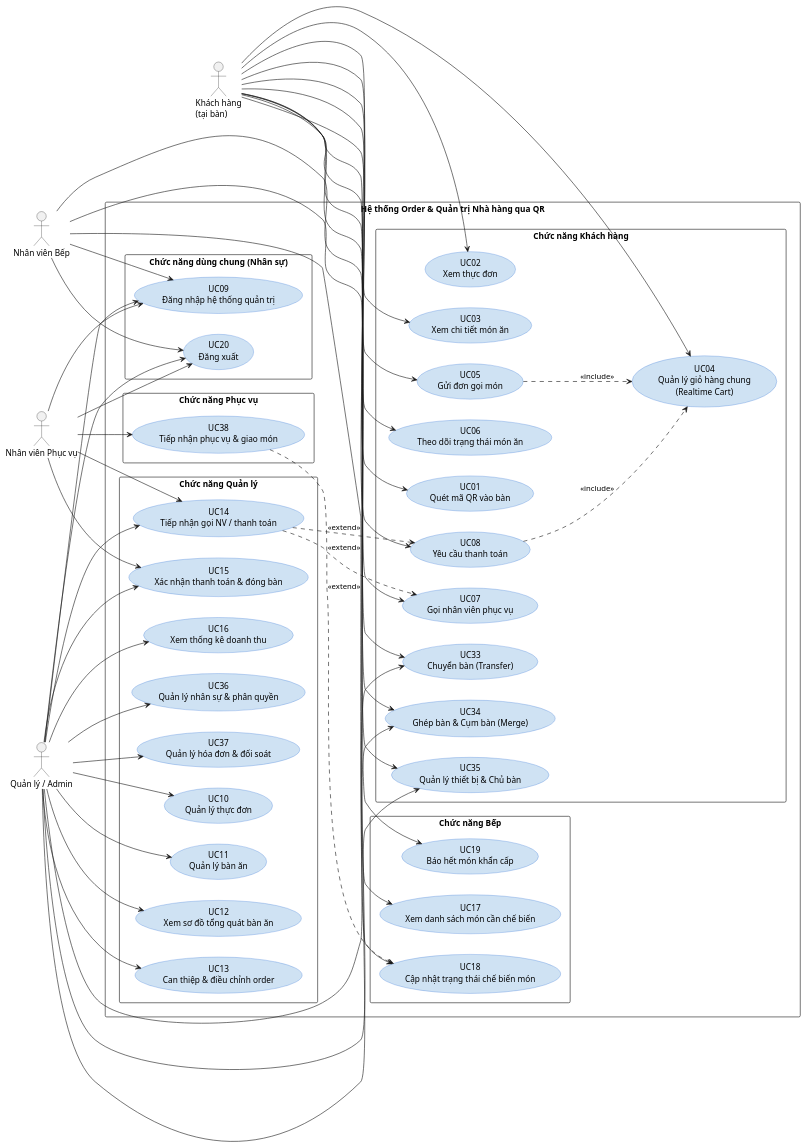
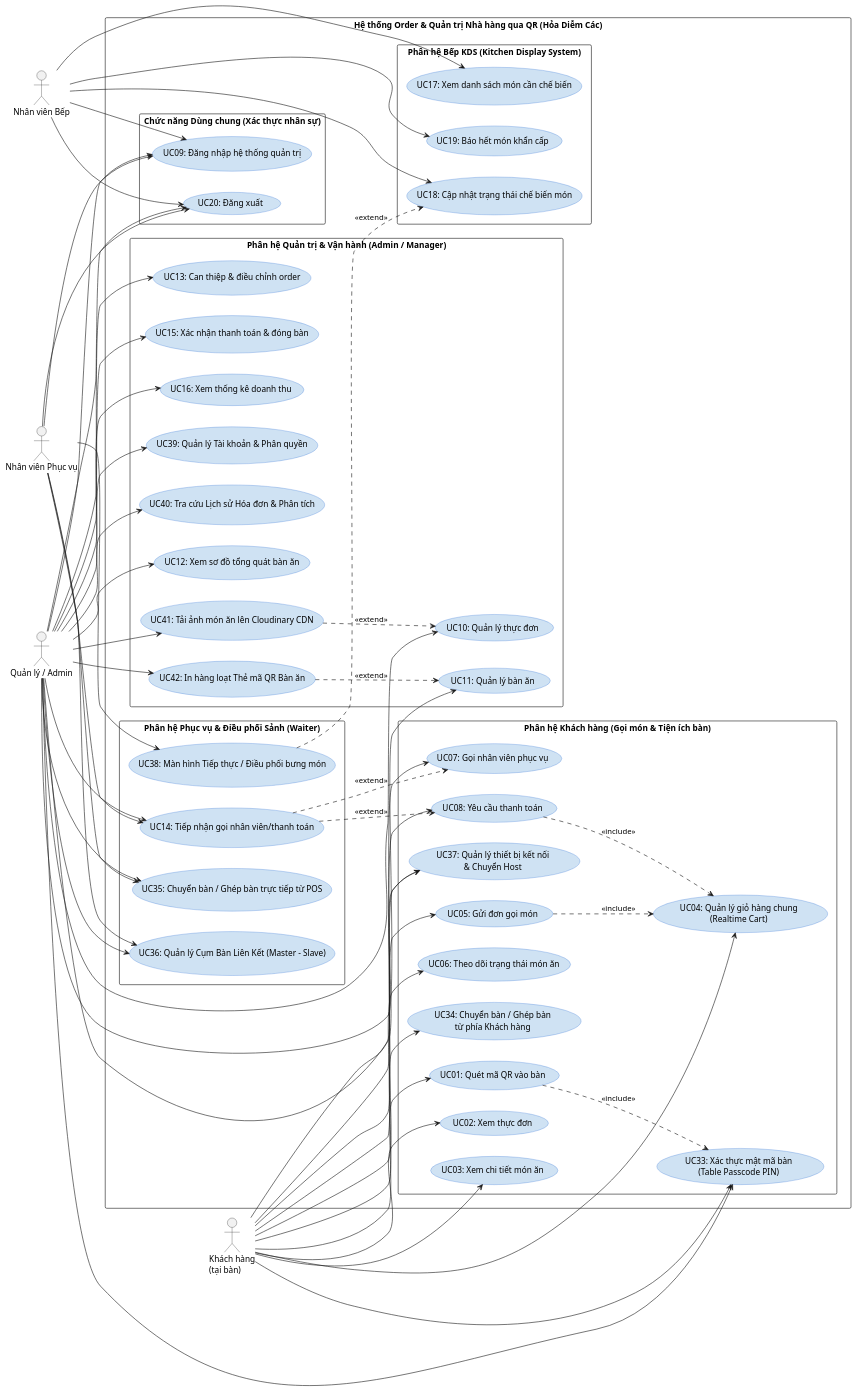
The first of 9 diagrams in doc/DacTa_Chuong3_UseCase.md (qu2nishere/HoaDiemCac-backend), drawn with PlantUML before and after one commit. The commit also changed other lines of this file and 2 other files, not shown here.

First line of the commit message:
docs(usecase): synchronize all 42 use cases with UC-new.pdf specifications

````diff
--- a/doc/DacTa_Chuong3_UseCase.md
+++ b/doc/DacTa_Chuong3_UseCase.md
@@ -27,50 +31,55 @@
 actor "Nhân viên Phục vụ" as NVPV
 actor "Quản lý / Admin" as QL
 
-rectangle "Hệ thống Order & Quản trị Nhà hàng qua QR" {
+rectangle "Hệ thống Order & Quản trị Nhà hàng qua QR (Hỏa Diễm Các)" {
 
-  package "Chức năng Khách hàng" {
-    usecase "UC01\nQuét mã QR vào bàn" as UC01
-    usecase "UC02\nXem thực đơn" as UC02
-    usecase "UC03\nXem chi tiết món ăn" as UC03
-    usecase "UC04\nQuản lý giỏ hàng chung\n(Realtime Cart)" as UC04
-    usecase "UC05\nGửi đơn gọi món" as UC05
-    usecase "UC06\nTheo dõi trạng thái món ăn" as UC06
-    usecase "UC07\nGọi nhân viên phục vụ" as UC07
-    usecase "UC08\nYêu cầu thanh toán" as UC08
-    usecase "UC33\nChuyển bàn (Transfer)" as UC33
-    usecase "UC34\nGhép bàn & Cụm bàn (Merge)" as UC34
-    usecase "UC35\nQuản lý thiết bị & Chủ bàn" as UC35
+  package "Phân hệ Khách hàng (Gọi món & Tiện ích bàn)" {
+    usecase "UC01: Quét mã QR vào bàn" as UC01
+    usecase "UC02: Xem thực đơn" as UC02
+    usecase "UC03: Xem chi tiết món ăn" as UC03
+    usecase "UC04: Quản lý giỏ hàng chung\n(Realtime Cart)" as UC04
+    usecase "UC05: Gửi đơn gọi món" as UC05
+    usecase "UC06: Theo dõi trạng thái món ăn" as UC06
+    usecase "UC07: Gọi nhân viên phục vụ" as UC07
+    usecase "UC08: Yêu cầu thanh toán" as UC08
+    usecase "UC33: Xác thực mật mã bàn\n(Table Passcode PIN)" as UC33
+    usecase "UC34: Chuyển bàn / Ghép bàn\ntừ phía Khách hàng" as UC34
+    usecase "UC37: Quản lý thiết bị kết nối\n& Chuyển Host" as UC37
   }
 
-  package "Chức năng dùng chung (Nhân sự)" {
-    usecase "UC09\nĐăng nhập hệ thống quản trị" as UC09
-    usecase "UC20\nĐăng xuất" as UC20
+  package "Chức năng Dùng chung (Xác thực nhân sự)" {
+    usecase "UC09: Đăng nhập hệ thống quản trị" as UC09
+    usecase "UC20: Đăng xuất" as UC20
   }
 
-  package "Chức năng Quản lý" {
-    usecase "UC10\nQuản lý thực đơn" as UC10
-    usecase "UC11\nQuản lý bàn ăn" as UC11
-    usecase "UC12\nXem sơ đồ tổng quát bàn ăn" as UC12
-    usecase "UC13\nCan thiệp & điều chỉnh order" as UC13
-    usecase "UC14\nTiếp nhận gọi NV / thanh toán" as UC14
-    usecase "UC15\nXác nhận thanh toán & đóng bàn" as UC15
-    usecase "UC16\nXem thống kê doanh thu" as UC16
-    usecase "UC36\nQuản lý nhân sự & phân quyền" as UC36
-    usecase "UC37\nQuản lý hóa đơn & đối soát" as UC37
+  package "Phân hệ Quản trị & Vận hành (Admin / Manager)" {
+    usecase "UC10: Quản lý thực đơn" as UC10
+    usecase "UC11: Quản lý bàn ăn" as UC11
+    usecase "UC12: Xem sơ đồ tổng quát bàn ăn" as UC12
+    usecase "UC13: Can thiệp & điều chỉnh order" as UC13
+    usecase "UC15: Xác nhận thanh toán & đóng bàn" as UC15
+    usecase "UC16: Xem thống kê doanh thu" as UC16
+    usecase "UC39: Quản lý Tài khoản & Phân quyền" as UC39
+    usecase "UC40: Tra cứu Lịch sử Hóa đơn & Phân tích" as UC40
+    usecase "UC41: Tải ảnh món ăn lên Cloudinary CDN" as UC41
+    usecase "UC42: In hàng loạt Thẻ mã QR Bàn ăn" as UC42
   }
 
-  package "Chức năng Bếp" {
-    usecase "UC17\nXem danh sách món cần chế biến" as UC17
-    usecase "UC18\nCập nhật trạng thái chế biến món" as UC18
-    usecase "UC19\nBáo hết món khẩn cấp" as UC19
+  package "Phân hệ Bếp KDS (Kitchen Display System)" {
+    usecase "UC17: Xem danh sách món cần chế biến" as UC17
+    usecase "UC18: Cập nhật trạng thái chế biến món" as UC18
+    usecase "UC19: Báo hết món khẩn cấp" as UC19
   }
 
-  package "Chức năng Phục vụ" {
-    usecase "UC38\nTiếp nhận phục vụ & giao món" as UC38
+  package "Phân hệ Phục vụ & Điều phối Sảnh (Waiter)" {
+    usecase "UC14: Tiếp nhận gọi nhân viên/thanh toán" as UC14
+    usecase "UC35: Chuyển bàn / Ghép bàn trực tiếp từ POS" as UC35
+    usecase "UC36: Quản lý Cụm Bàn Liên Kết (Master - Slave)" as UC36
+    usecase "UC38: Màn hình Tiếp thực / Điều phối bưng món" as UC38
   }
 }
 
+' Liên kết Actor Khách hàng
 KH --> UC01
 KH --> UC02
 KH --> UC03
@@ -81,8 +90,9 @@
 KH --> UC08
 KH --> UC33
 KH --> UC34
-KH --> UC35
+KH --> UC37
 
+' Liên kết Actor Quản lý / Admin
 QL --> UC09
 QL --> UC10
 QL --> UC11
@@ -93,27 +103,37 @@
 QL --> UC16
 QL --> UC20
 QL --> UC33
-QL --> UC34
 QL --> UC35
 QL --> UC36
 QL --> UC37
+QL --> UC39
+QL --> UC40
+QL --> UC41
+QL --> UC42
 
+' Liên kết Actor Bếp
 NVB --> UC09
 NVB --> UC17
 NVB --> UC18
 NVB --> UC19
 NVB --> UC20
 
+' Liên kết Actor Phục vụ
 NVPV --> UC09
 NVPV --> UC14
-NVPV --> UC15
 NVPV --> UC20
+NVPV --> UC35
+NVPV --> UC36
 NVPV --> UC38
 
+' Quan hệ phụ thuộc chính
+UC01 ..> UC33 : <<include>>
 UC05 ..> UC04 : <<include>>
 UC08 ..> UC04 : <<include>>
 UC14 ..> UC07 : <<extend>>
 UC14 ..> UC08 : <<extend>>
 UC38 ..> UC18 : <<extend>>
+UC41 ..> UC10 : <<extend>>
+UC42 ..> UC11 : <<extend>>
 @enduml
 ```
````
